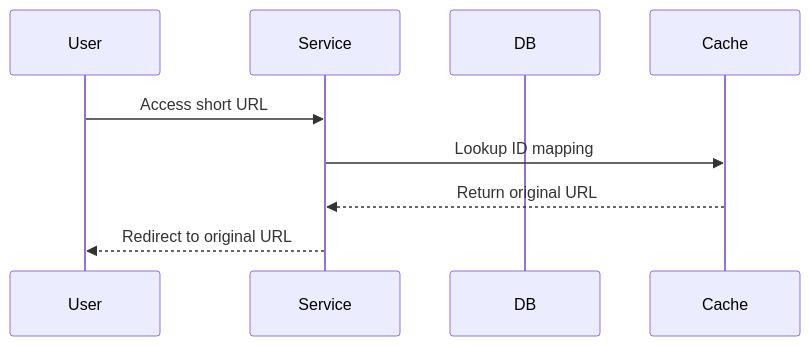
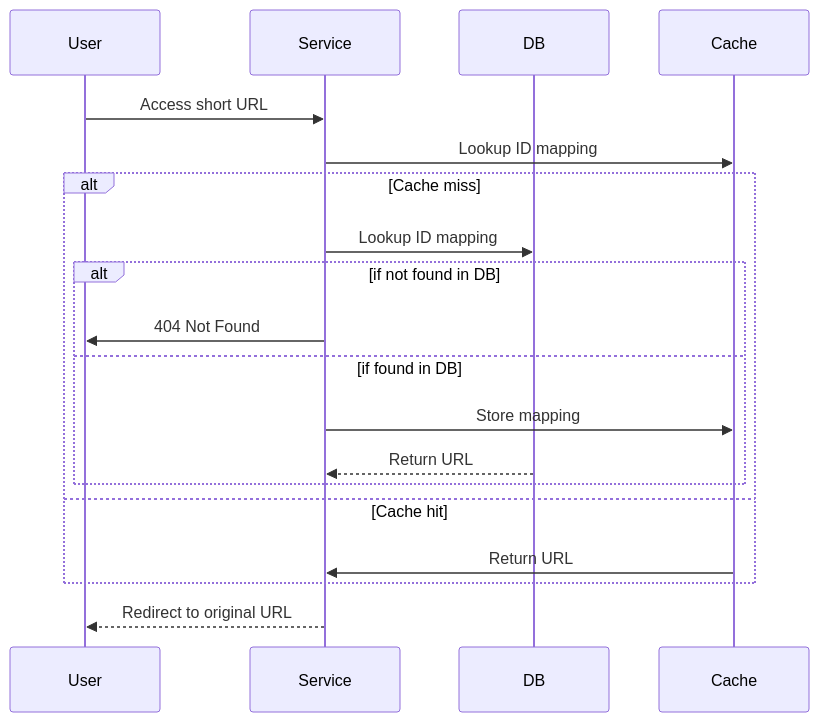
The third of 4 diagrams in tiny-shorten-url/collision-shorted.md (JPratama7/scratches-docs), drawn with Mermaid before and after one commit. The commit also changed other lines of this file, not shown here.

Commit message:
feat: add cache

````diff
--- a/tiny-shorten-url/collision-shorted.md
+++ b/tiny-shorten-url/collision-shorted.md
@@ -84,12 +84,22 @@
 ```mermaid
 sequenceDiagram
     participant User
     participant Service
     participant DB
     participant Cache
 
     User->>Service: Access short URL
     Service->>Cache: Lookup ID mapping
-    Cache-->>Service: Return original URL
+    alt Cache miss
+        Service->>DB: Lookup ID mapping
+        alt if not found in DB
+            Service->>User: 404 Not Found
+        else if found in DB
+            Service->>Cache: Store mapping
+            DB-->>Service: Return URL
+        end
+    else Cache hit
+        Cache->>Service: Return URL    
+    end
     Service-->>User: Redirect to original URL
 ```
````
